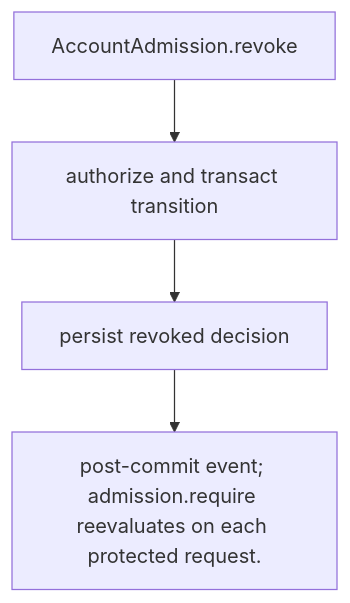
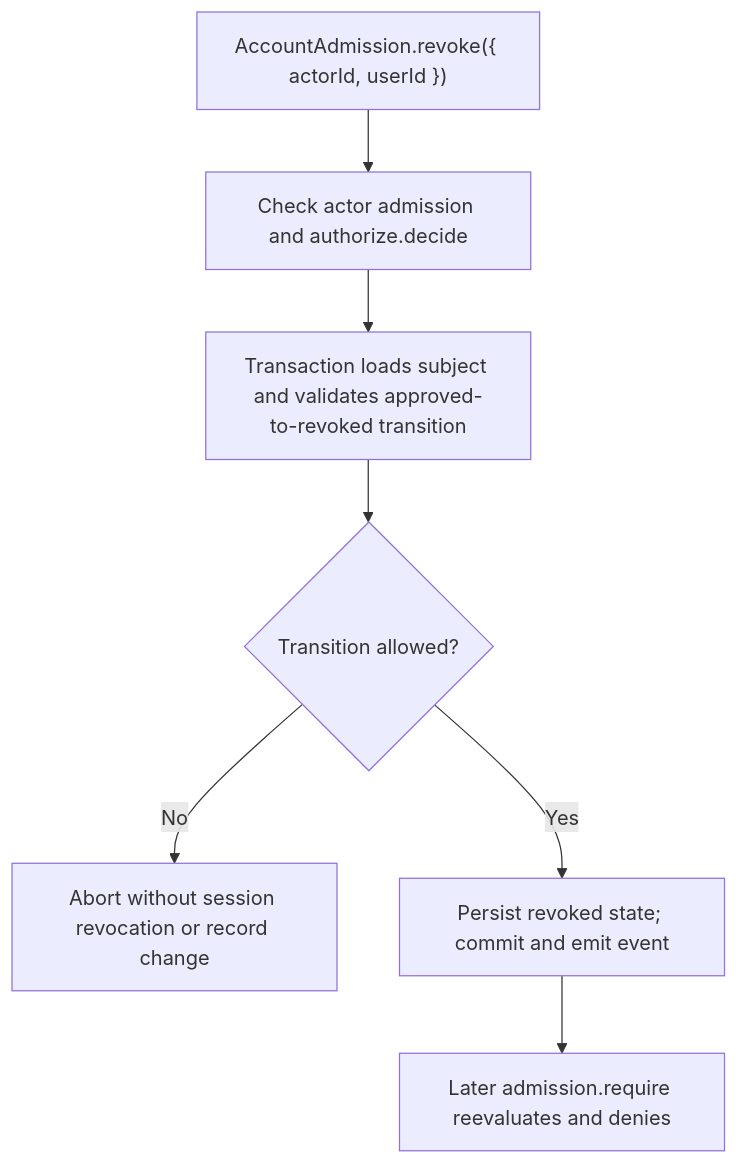
Before and after one commit to Kevinjohn/oss-adonisjs-account-kit: the second of 2 diagrams in user-stories/US-ACCOUNT-27-revoke-admission.md, drawn with Mermaid. The commit also changed other lines of this file and 29 other files, not shown here.

````diff
--- a/user-stories/US-ACCOUNT-27-revoke-admission.md
+++ b/user-stories/US-ACCOUNT-27-revoke-admission.md
@@ -35,10 +31,9 @@
 ```mermaid
 flowchart TD
-    C0["AccountAdmission.revoke"]
-    C1["authorize and transact transition"]
-    C0 --> C1
-    C2["persist revoked decision"]
-    C1 --> C2
-    C3["post-commit event; admission.require reevaluates on each protected request."]
-    C2 --> C3
+ A["AccountAdmission.revoke({ actorId, userId })"] --> B["Check actor admission and authorize.decide"]
+ B --> C["Transaction loads subject and validates approved-to-revoked transition"]
+ C --> D{"Transition allowed?"}
+ D -->|No| E["Abort without session revocation or record change"]
+ D -->|Yes| F["Persist revoked state; commit and emit event"]
+ F --> G["Later admission.require reevaluates and denies"]
 ```
````
